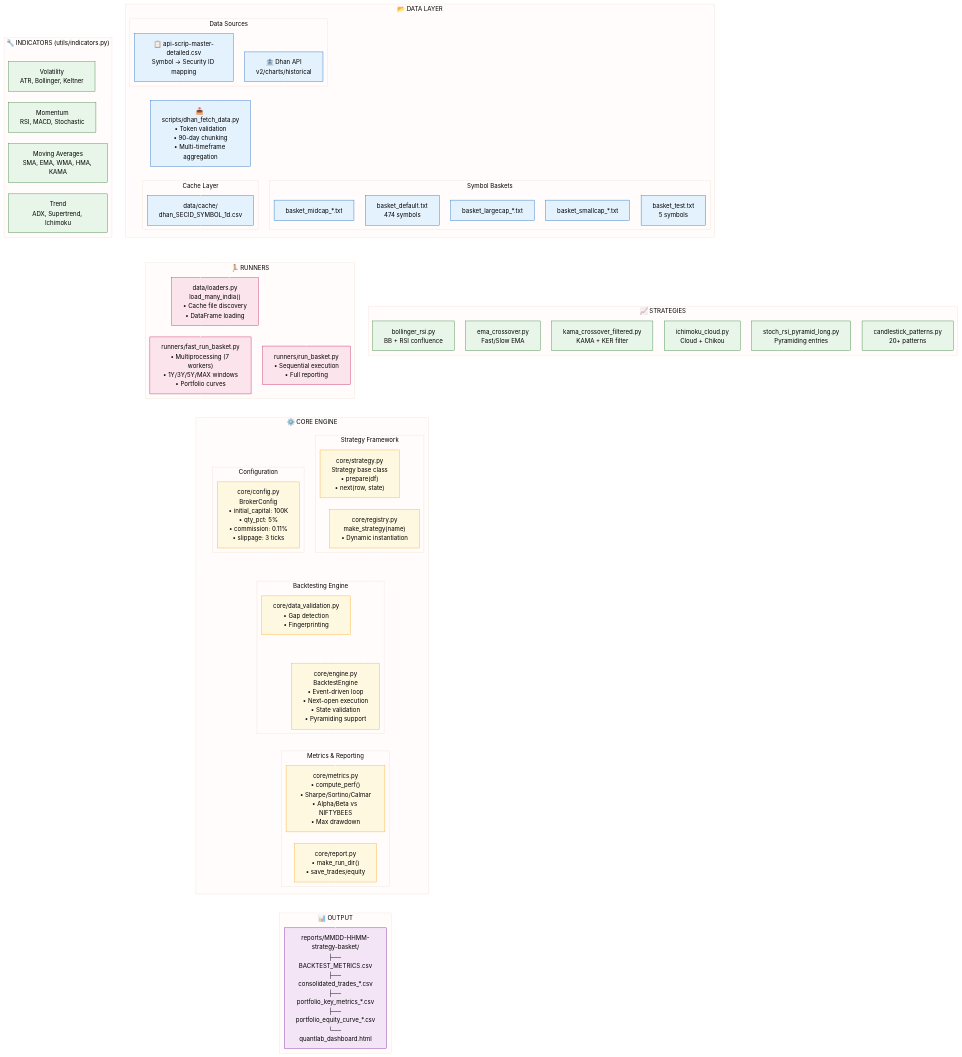
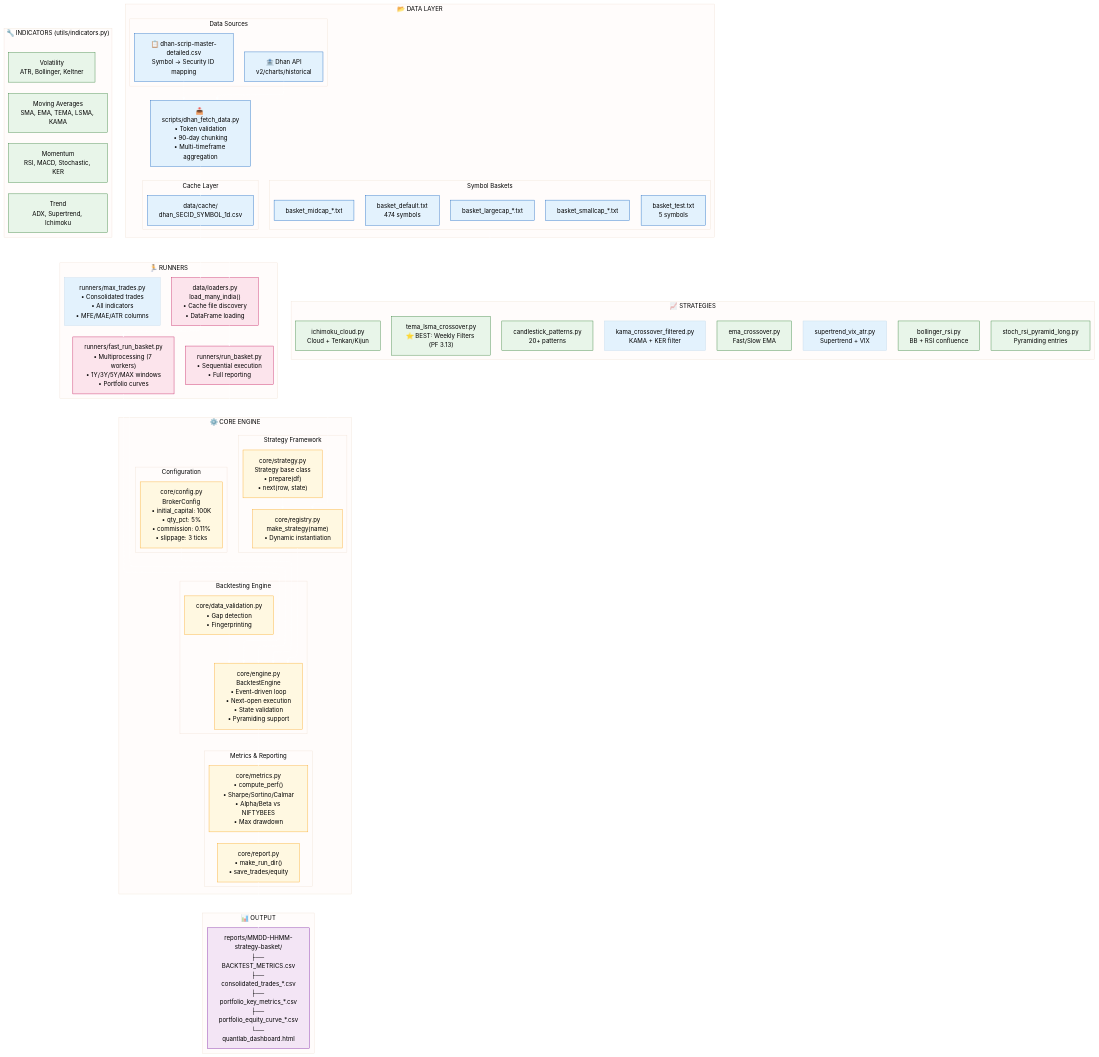
The second of 4 diagrams in README.md (abhishekjs0/quantlab-bot), drawn with Mermaid before and after one commit. The commit also changed other lines of this file and 67 other files, not shown here.

First line of the commit message:
feat: v2.4.0 - Weekly filters, TP optimization, ATR fix, docs update

```diff
--- a/README.md
+++ b/README.md
@@ -164,7 +203,7 @@
         
         subgraph Sources["Data Sources"]
             DHAN_API["🏦 Dhan API<br/>v2/charts/historical"]
-            MASTER["📋 api-scrip-master-detailed.csv<br/>Symbol → Security ID mapping"]
+            MASTER["📋 dhan-scrip-master-detailed.csv<br/>Symbol → Security ID mapping"]
         end
         
         subgraph Baskets["Symbol Baskets"]
@@ -207,18 +246,20 @@
     
     subgraph Strategies["📈 STRATEGIES"]
         direction LR
-        S1["ema_crossover.py<br/>Fast/Slow EMA"]
-        S2["ichimoku_cloud.py<br/>Cloud + Chikou"]
-        S3["bollinger_rsi.py<br/>BB + RSI confluence"]
-        S4["stoch_rsi_pyramid_long.py<br/>Pyramiding entries"]
-        S5["candlestick_patterns.py<br/>20+ patterns"]
-        S6["kama_crossover_filtered.py<br/>KAMA + KER filter"]
+        S1["tema_lsma_crossover.py<br/>⭐ BEST: Weekly Filters (PF 3.13)"]
+        S2["ema_crossover.py<br/>Fast/Slow EMA"]
+        S3["ichimoku_cloud.py<br/>Cloud + Tenkan/Kijun"]
+        S4["bollinger_rsi.py<br/>BB + RSI confluence"]
+        S5["stoch_rsi_pyramid_long.py<br/>Pyramiding entries"]
+        S6["candlestick_patterns.py<br/>20+ patterns"]
+        S7["kama_crossover_filtered.py<br/>KAMA + KER filter"]
+        S8["supertrend_vix_atr.py<br/>Supertrend + VIX"]
     end
     
     subgraph Indicators["🔧 INDICATORS (utils/indicators.py)"]
         direction LR
-        IND_MA["Moving Averages<br/>SMA, EMA, WMA, HMA, KAMA"]
-        IND_MOM["Momentum<br/>RSI, MACD, Stochastic"]
+        IND_MA["Moving Averages<br/>SMA, EMA, TEMA, LSMA, KAMA"]
+        IND_MOM["Momentum<br/>RSI, MACD, Stochastic, KER"]
         IND_TREND["Trend<br/>ADX, Supertrend, Ichimoku"]
         IND_VOL["Volatility<br/>ATR, Bollinger, Keltner"]
     end
@@ -227,6 +268,7 @@
         direction TB
         RUN_BASKET["runners/run_basket.py<br/>• Sequential execution<br/>• Full reporting"]
         RUN_FAST["runners/fast_run_basket.py<br/>• Multiprocessing (7 workers)<br/>• 1Y/3Y/5Y/MAX windows<br/>• Portfolio curves"]
+        RUN_MAX["runners/max_trades.py<br/>• Consolidated trades<br/>• All indicators<br/>• MFE/MAE/ATR columns"]
         LOADERS["data/loaders.py<br/>load_many_india()<br/>• Cache file discovery<br/>• DataFrame loading"]
     end
     
```
